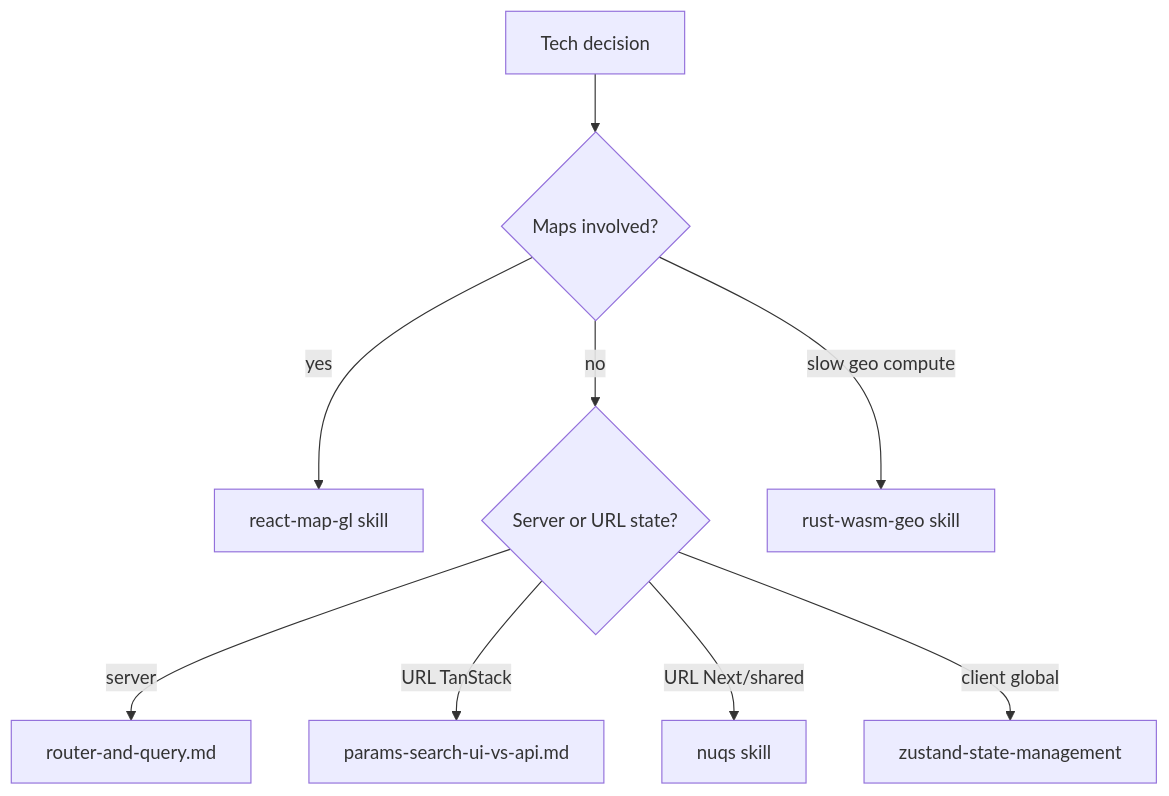
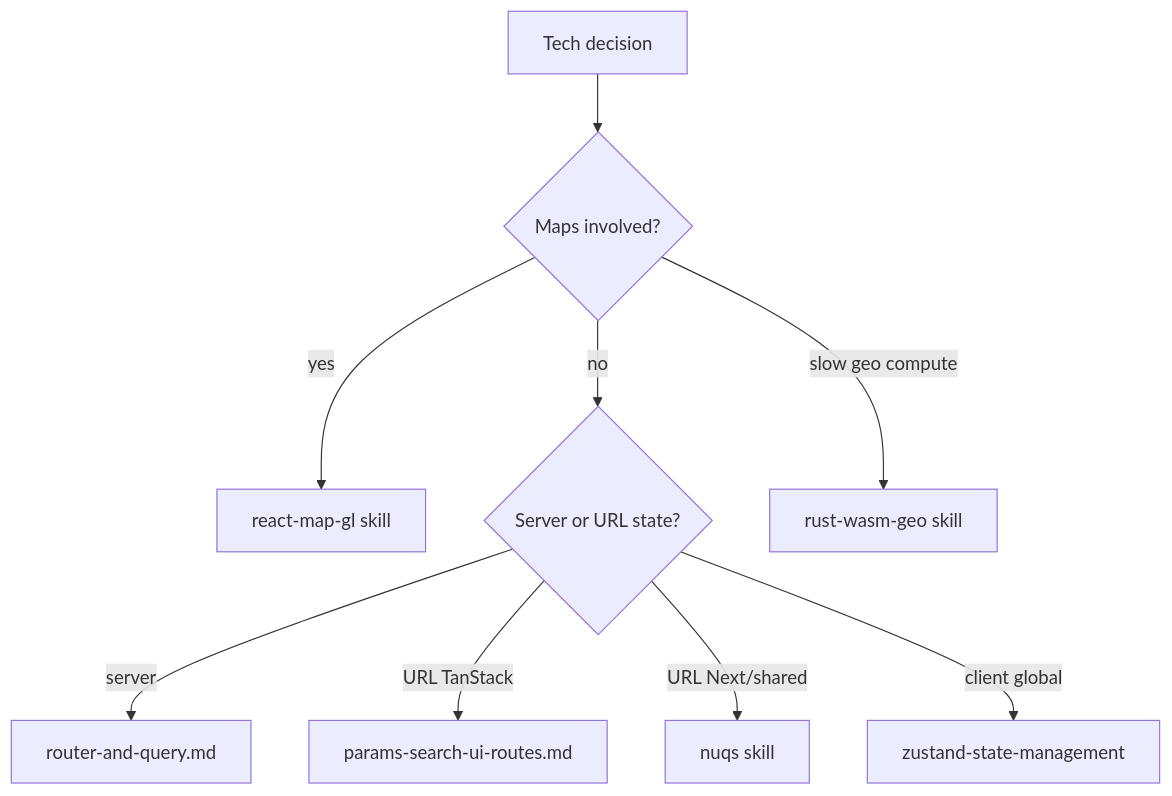
One commit to tordans/parking-lanes changed the diagram in .agents/skills/tech-stack/SKILL.md. Above: the diagram before and after it, drawn with Mermaid. The commit also changed other lines of this file and 27 other files, not shown here.

````diff
--- a/.agents/skills/tech-stack/SKILL.md
+++ b/.agents/skills/tech-stack/SKILL.md
@@ -174,11 +176,11 @@
 ```mermaid
 flowchart TD
   start[Tech decision] --> maps{Maps involved?}
   maps -->|yes| reactMapGl[react-map-gl skill]
   maps -->|no| data{Server or URL state?}
   data -->|server| tanstackQuery[router-and-query.md]
-  data -->|URL TanStack| validateSearch[params-search-ui-vs-api.md]
+  data -->|URL TanStack| validateSearch[params-search-ui-routes.md]
   data -->|URL Next/shared| nuqsSkill[nuqs skill]
   data -->|client global| zustandSkill[zustand-state-management]
   maps -->|slow geo compute| rustWasm[rust-wasm-geo skill]
 ```
````
